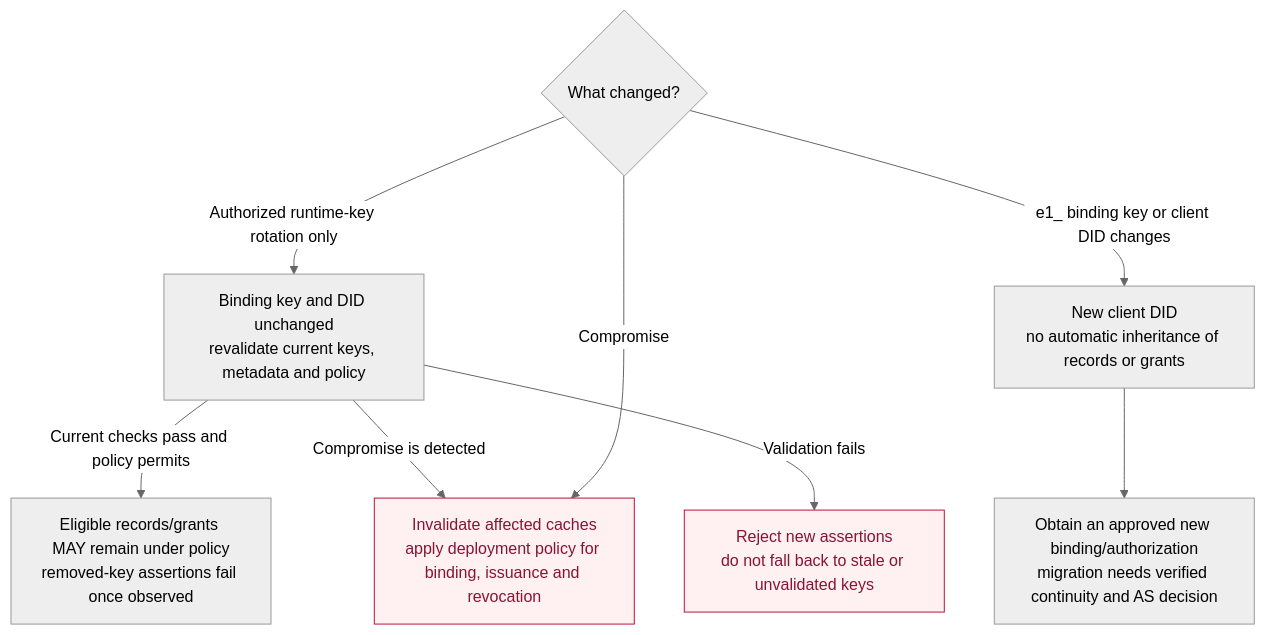
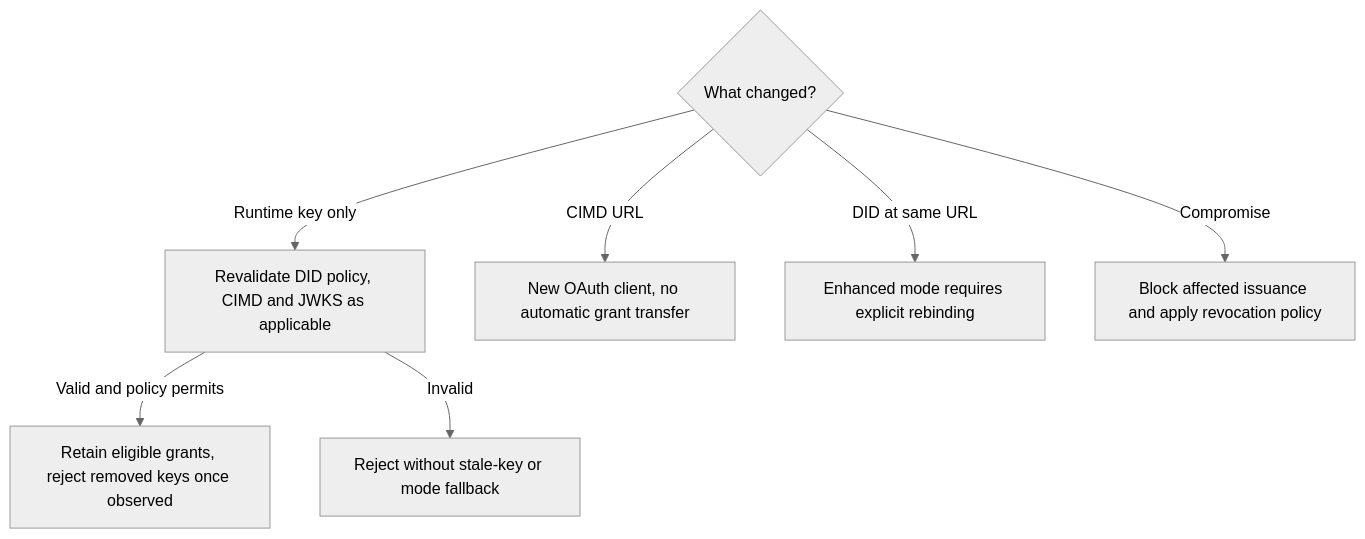
One commit to agent-network-protocol/AgentNetworkProtocol changed the seventh of 7 diagrams in 05-anp-did-authorization-protocol-specification.md. Above: the diagram before and after it, drawn with Mermaid (neutral theme). The commit also changed other lines of this file and 12 other files, not shown here.

````diff
--- a/05-anp-did-authorization-protocol-specification.md
+++ b/05-anp-did-authorization-protocol-specification.md
@@ -796,19 +774,10 @@
 ```mermaid
 flowchart TD
   Change{"What changed?"}
-  Same["Binding key and DID unchanged<br/>revalidate current keys, metadata and policy"]
-  Retain["Eligible records/grants MAY remain under policy<br/>removed-key assertions fail once observed"]
-  New["New client DID<br/>no automatic inheritance of records or grants"]
-  Rebind["Obtain an approved new binding/authorization<br/>migration needs verified continuity and AS decision"]
-  Block["Invalidate affected caches<br/>apply deployment policy for binding, issuance and revocation"]
-  Reject["Reject new assertions<br/>do not fall back to stale or unvalidated keys"]
-  Change -->|"Authorized runtime-key rotation only"| Same
-  Same -->|"Current checks pass and policy permits"| Retain
-  Same -->|"Compromise is detected"| Block
-  Same -->|"Validation fails"| Reject
-  Change -->|"e1_ binding key or client DID changes"| New
-  New --> Rebind
-  Change -->|"Compromise"| Block
-  classDef reject fill:#fff1f2,stroke:#be123c,color:#881337
-  class Block,Reject reject
+  Change -->|"Runtime key only"| Check["Revalidate DID policy, CIMD and JWKS as applicable"]
+  Check -->|"Valid and policy permits"| Retain["Retain eligible grants, reject removed keys once observed"]
+  Check -->|"Invalid"| Reject["Reject without stale-key or mode fallback"]
+  Change -->|"CIMD URL"| New["New OAuth client, no automatic grant transfer"]
+  Change -->|"DID at same URL"| Rebind["Enhanced mode requires explicit rebinding"]
+  Change -->|"Compromise"| Block["Block affected issuance and apply revocation policy"]
 ```
````
